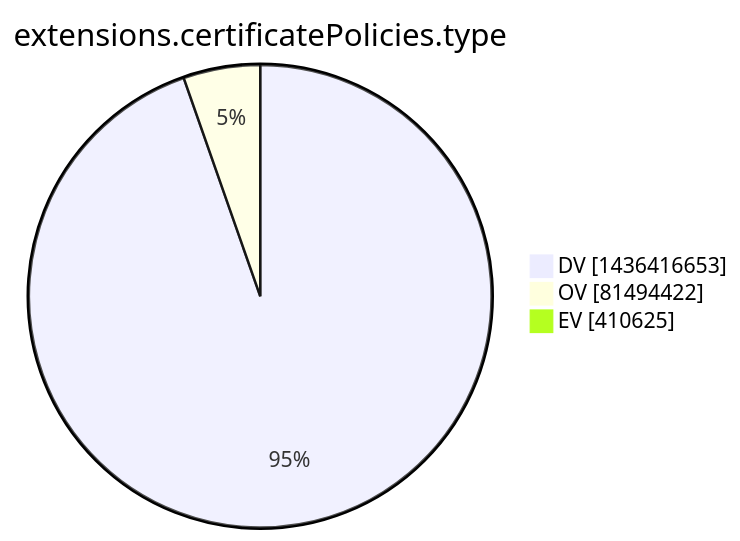
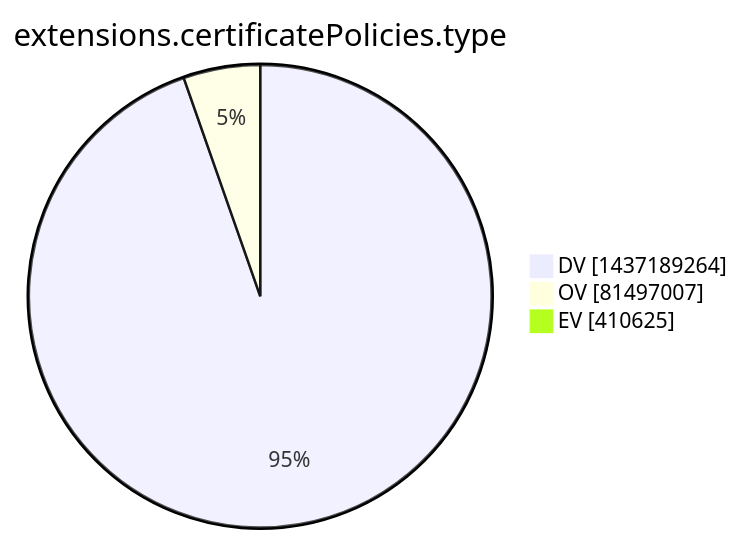
Before and after one commit to christiankrug/ctmonitor_visualization: the tenth of 15 diagrams in xenon2022/README.md, drawn with Mermaid. The commit also changed other lines of this file, not shown here.

````diff
--- a/xenon2022/README.md
+++ b/xenon2022/README.md
@@ -2867,7 +2867,7 @@
 ```mermaid
 pie showData
 title extensions.certificatePolicies.type
-"DV" :1436416653
-"OV" :81494422
+"DV" :1437189264
+"OV" :81497007
 "EV" :410625
 ```
````
